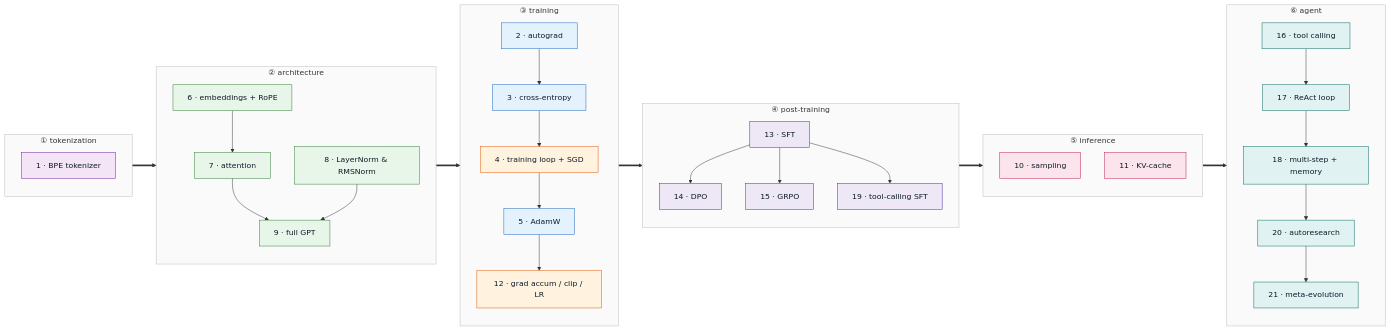
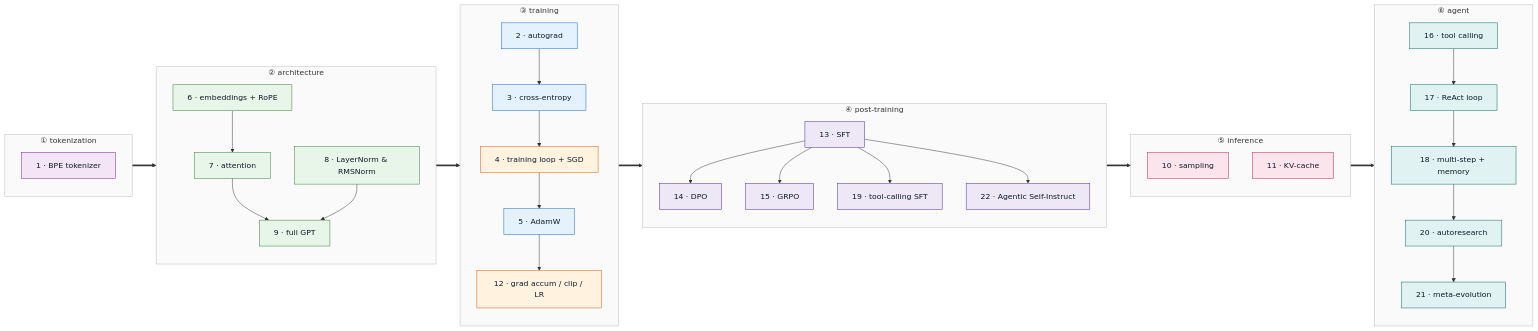
One commit to WeerayutBu/learning-llm-components changed the diagram in README.md. Above: the diagram before and after it, drawn with Mermaid. The commit also changed other lines of this file and 5 other files, not shown here.

````diff
--- a/README.md
+++ b/README.md
@@ -14,71 +14,73 @@
 ```mermaid
 flowchart LR
     subgraph TOKENIZE["① tokenization"]
         direction TB
         M1[1 · BPE tokenizer]:::token
     end
 
     subgraph ARCH["② architecture"]
         direction TB
         M6[6 · embeddings + RoPE]:::arch
         M8[8 · LayerNorm & RMSNorm]:::arch
         M7[7 · attention]:::arch
         M9[9 · full GPT]:::arch
         M6 --> M7 --> M9
         M8 --> M9
     end
 
     subgraph TRAIN["③ training"]
         direction TB
         M2[2 · autograd]:::found
         M3[3 · cross-entropy]:::found
         M4[4 · training loop + SGD]:::train
         M5[5 · AdamW]:::found
         M12[12 · grad accum / clip / LR]:::train
         M2 --> M3 --> M4 --> M5 --> M12
     end
 
     subgraph POST["④ post-training"]
         direction TB
         M13[13 · SFT]:::post
         M14[14 · DPO]:::post
         M15[15 · GRPO]:::post
         M19[19 · tool-calling SFT]:::post
+        M22[22 · Agentic Self-Instruct]:::post
         M13 --> M14
         M13 --> M15
         M13 --> M19
+        M13 --> M22
     end
 
     subgraph INFER["⑤ inference"]
         direction TB
         M10[10 · sampling]:::infer
         M11[11 · KV-cache]:::infer
     end
 
     subgraph AGENT["⑥ agent"]
         direction TB
         M16[16 · tool calling]:::agent
         M17[17 · ReAct loop]:::agent
         M18[18 · multi-step + memory]:::agent
         M20[20 · autoresearch]:::agent
         M21[21 · meta-evolution]:::agent
         M16 --> M17 --> M18 --> M20 --> M21
     end
 
     %% block-to-block flow
     TOKENIZE ==> ARCH ==> TRAIN ==> POST ==> INFER ==> AGENT
 
     classDef found fill:#e3f2fd,stroke:#1565c0,color:#0d1b2a
     classDef train fill:#fff3e0,stroke:#e65100,color:#0d1b2a
     classDef token fill:#f3e5f5,stroke:#6a1b9a,color:#0d1b2a
     classDef arch fill:#e8f5e9,stroke:#2e7d32,color:#0d1b2a
     classDef infer fill:#fce4ec,stroke:#c2185b,color:#0d1b2a
     classDef post fill:#ede7f6,stroke:#4527a0,color:#0d1b2a
     classDef agent fill:#e0f2f1,stroke:#00695c,color:#0d1b2a
     style TOKENIZE fill:#fafafa,stroke:#bbb,color:#333
     style ARCH fill:#fafafa,stroke:#bbb,color:#333
     style TRAIN fill:#fafafa,stroke:#bbb,color:#333
     style POST fill:#fafafa,stroke:#bbb,color:#333
     style INFER fill:#fafafa,stroke:#bbb,color:#333
     style AGENT fill:#fafafa,stroke:#bbb,color:#333
 ```
````
